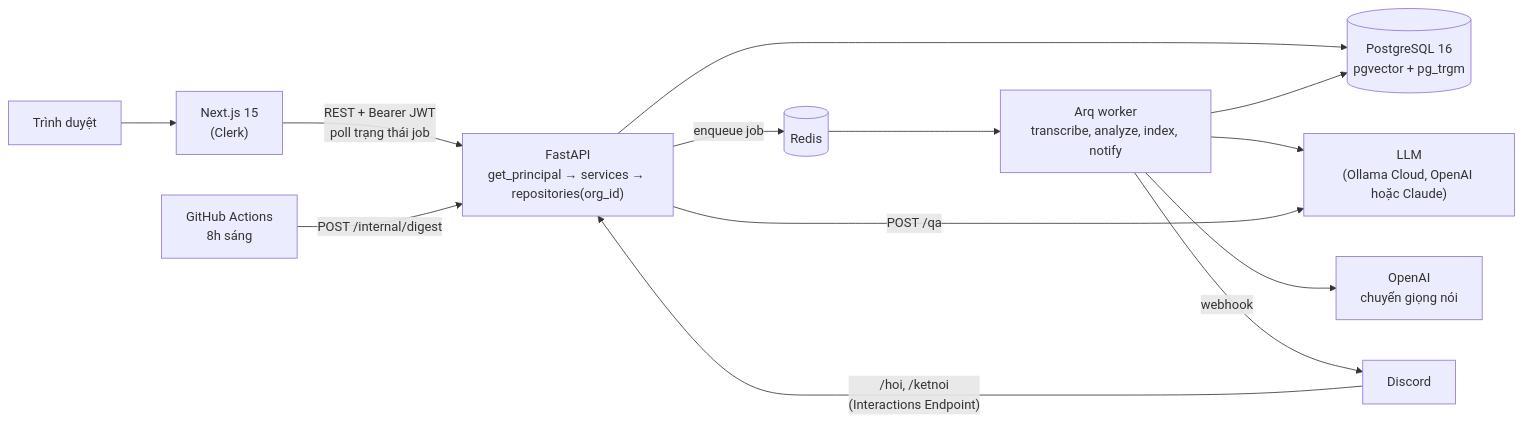
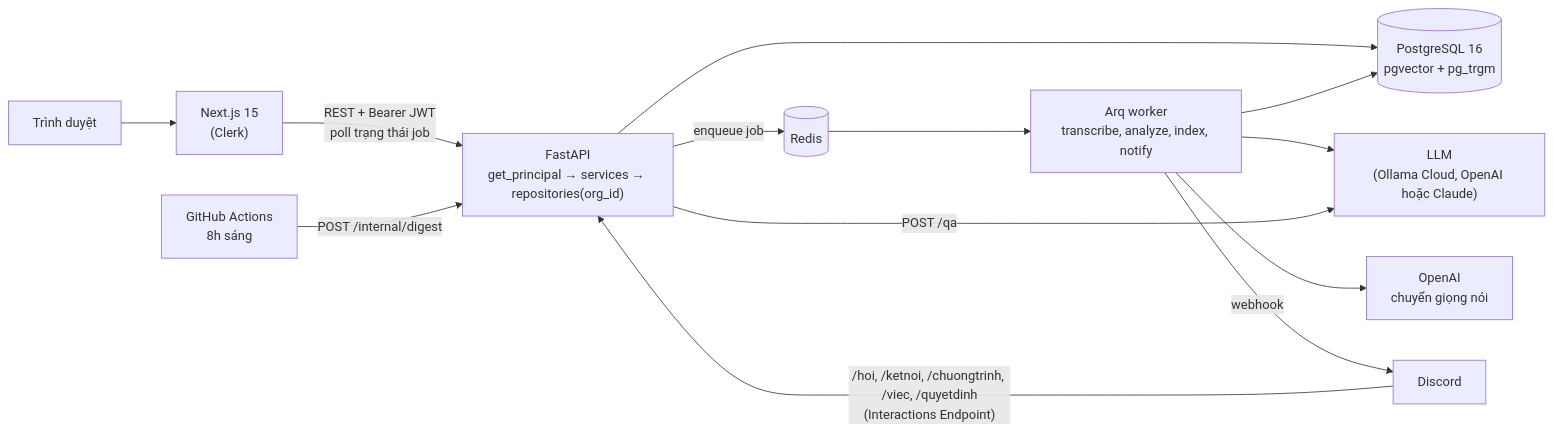
One commit to nuroqzavitex/meetmind-ai changed the diagram in README.md. Above: the diagram before and after it, drawn with Mermaid. The commit also changed other lines of this file and 4 other files, not shown here.

````diff
--- a/README.md
+++ b/README.md
@@ -36,15 +38,15 @@
 ```mermaid
 flowchart LR
     B[Trình duyệt] --> FE["Next.js 15<br/>(Clerk)"]
     FE -- "REST + Bearer JWT<br/>poll trạng thái job" --> API["FastAPI<br/>get_principal → services → repositories(org_id)"]
     API --> PG[("PostgreSQL 16<br/>pgvector + pg_trgm")]
     API -- "enqueue job" --> R[(Redis)]
     R --> W["Arq worker<br/>transcribe, analyze, index, notify"]
     W --> PG
     W --> C["LLM<br/>(Ollama Cloud, OpenAI hoặc Claude)"]
     W --> STT["OpenAI<br/>chuyển giọng nói"]
     API -- "POST /qa" --> C
     W -- "webhook" --> DC["Discord"]
-    DC -- "/hoi, /ketnoi<br/>(Interactions Endpoint)" --> API
+    DC -- "/hoi, /ketnoi, /chuongtrinh, /viec, /quyetdinh<br/>(Interactions Endpoint)" --> API
     GH["GitHub Actions<br/>8h sáng"] -- "POST /internal/digest" --> API
 ```
````
